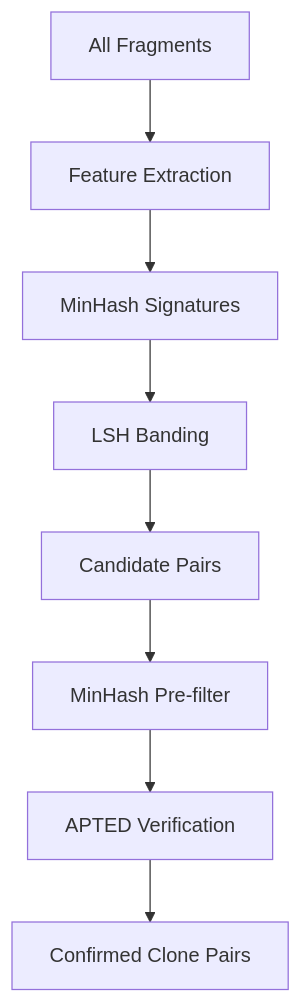
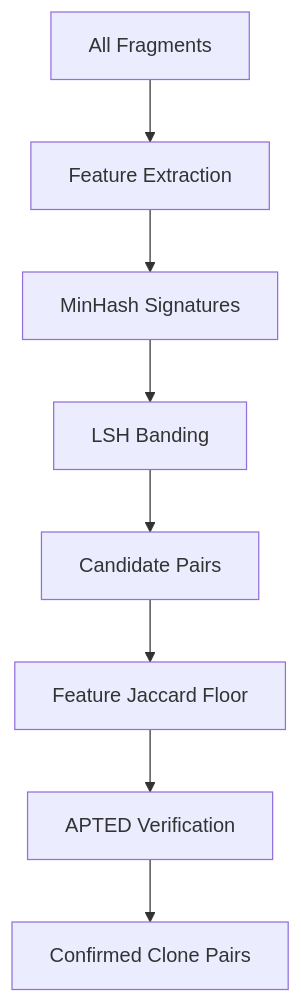
The fourth of 4 diagrams in docs/algorithms/clone-detection.md (ludo-technologies/pyscn), drawn with Mermaid before and after one commit. The commit also changed other lines of this file and 13 other files, not shown here.

````diff
--- a/docs/algorithms/clone-detection.md
+++ b/docs/algorithms/clone-detection.md
@@ -294,10 +295,10 @@
 ```mermaid
 flowchart TD
     A[All Fragments] --> B[Feature Extraction]
     B --> C[MinHash Signatures]
     C --> D[LSH Banding]
     D --> E[Candidate Pairs]
-    E --> F[MinHash Pre-filter]
+    E --> F[Feature Jaccard Floor]
     F --> G[APTED Verification]
     G --> H[Confirmed Clone Pairs]
 ```
````
